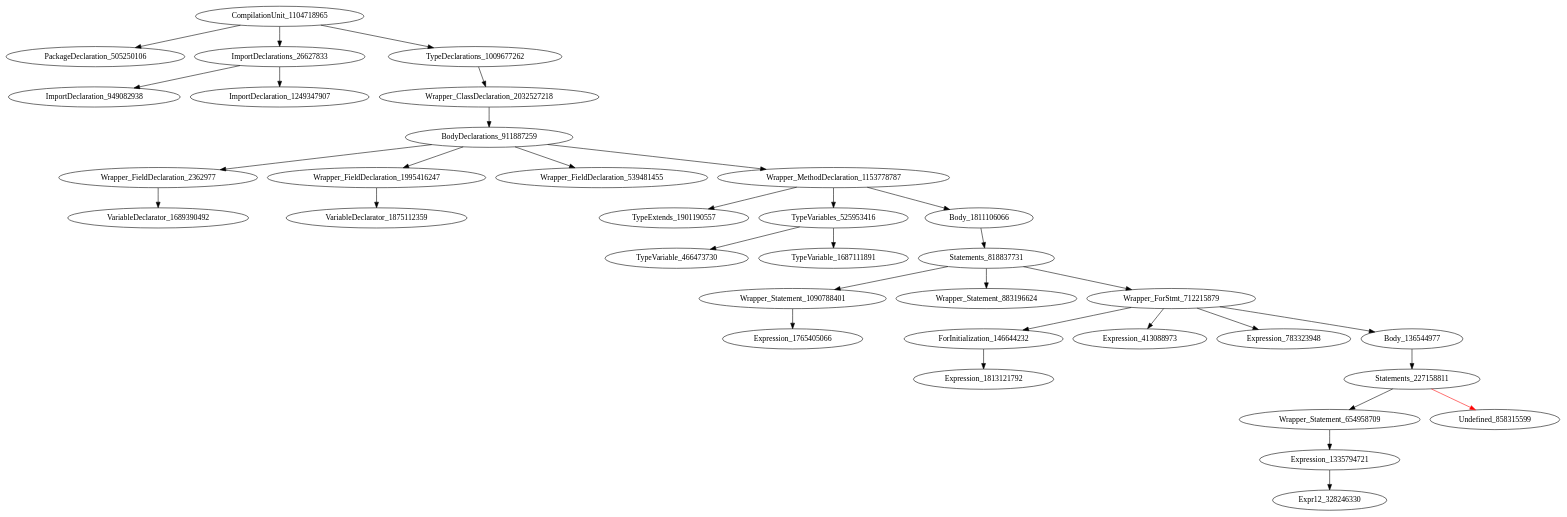
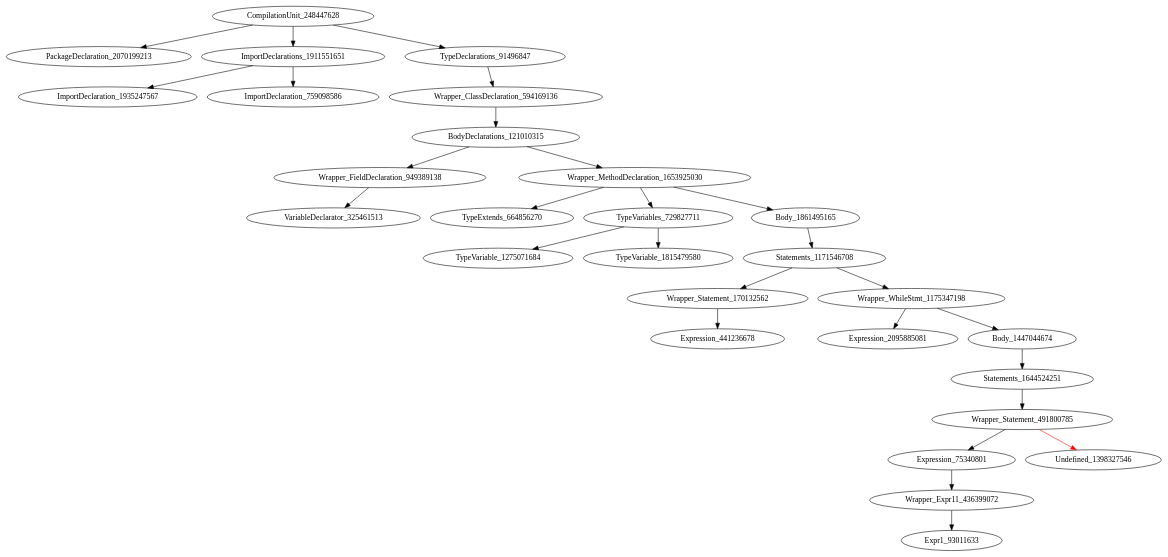
One commit to icse2023material/VoiceJava changed the diagram in holeAST.dot. Above: the diagram before and after it, drawn with Graphviz. The commit also changed 4 other files, not shown here.

```diff
--- a/holeAST.dot
+++ b/holeAST.dot
@@ -1,35 +1,29 @@
 digraph {
-CompilationUnit_1104718965 -> PackageDeclaration_505250106
-CompilationUnit_1104718965 -> ImportDeclarations_26627833
-CompilationUnit_1104718965 -> TypeDeclarations_1009677262
-ImportDeclarations_26627833 -> ImportDeclaration_949082938
-ImportDeclarations_26627833 -> ImportDeclaration_1249347907
-TypeDeclarations_1009677262 -> Wrapper_ClassDeclaration_2032527218
-Wrapper_ClassDeclaration_2032527218 -> BodyDeclarations_911887259
-BodyDeclarations_911887259 -> Wrapper_FieldDeclaration_2362977
-BodyDeclarations_911887259 -> Wrapper_FieldDeclaration_1995416247
-BodyDeclarations_911887259 -> Wrapper_FieldDeclaration_539481455
-BodyDeclarations_911887259 -> Wrapper_MethodDeclaration_1153778787
-Wrapper_FieldDeclaration_2362977 -> VariableDeclarator_1689390492
-Wrapper_FieldDeclaration_1995416247 -> VariableDeclarator_1875112359
-Wrapper_MethodDeclaration_1153778787 -> TypeExtends_1901190557
-Wrapper_MethodDeclaration_1153778787 -> TypeVariables_525953416
-Wrapper_MethodDeclaration_1153778787 -> Body_1811106066
-TypeVariables_525953416 -> TypeVariable_466473730
-TypeVariables_525953416 -> TypeVariable_1687111891
-Body_1811106066 -> Statements_818837731
-Statements_818837731 -> Wrapper_Statement_1090788401
-Statements_818837731 -> Wrapper_Statement_883196624
-Statements_818837731 -> Wrapper_ForStmt_712215879
-Wrapper_Statement_1090788401 -> Expression_1765405066
-Wrapper_ForStmt_712215879 -> ForInitialization_146644232
-Wrapper_ForStmt_712215879 -> Expression_413088973
-Wrapper_ForStmt_712215879 -> Expression_783323948
-Wrapper_ForStmt_712215879 -> Body_136544977
-ForInitialization_146644232 -> Expression_1813121792
-Body_136544977 -> Statements_227158811
-Statements_227158811 -> Wrapper_Statement_654958709
-Statements_227158811 -> Undefined_858315599 [color = red] 
-Wrapper_Statement_654958709 -> Expression_1335794721
-Expression_1335794721 -> Expr12_328246330
+CompilationUnit_248447628 -> PackageDeclaration_2070199213
+CompilationUnit_248447628 -> ImportDeclarations_1911551651
+CompilationUnit_248447628 -> TypeDeclarations_91496847
+ImportDeclarations_1911551651 -> ImportDeclaration_1935247567
+ImportDeclarations_1911551651 -> ImportDeclaration_759098586
+TypeDeclarations_91496847 -> Wrapper_ClassDeclaration_594169136
+Wrapper_ClassDeclaration_594169136 -> BodyDeclarations_121010315
+BodyDeclarations_121010315 -> Wrapper_FieldDeclaration_949389138
+BodyDeclarations_121010315 -> Wrapper_MethodDeclaration_1653925030
+Wrapper_FieldDeclaration_949389138 -> VariableDeclarator_325461513
+Wrapper_MethodDeclaration_1653925030 -> TypeExtends_664856270
+Wrapper_MethodDeclaration_1653925030 -> TypeVariables_729827711
+Wrapper_MethodDeclaration_1653925030 -> Body_1861495165
+TypeVariables_729827711 -> TypeVariable_1275071684
+TypeVariables_729827711 -> TypeVariable_1815479580
+Body_1861495165 -> Statements_1171546708
+Statements_1171546708 -> Wrapper_Statement_170132562
+Statements_1171546708 -> Wrapper_WhileStmt_1175347198
+Wrapper_Statement_170132562 -> Expression_441236678
+Wrapper_WhileStmt_1175347198 -> Expression_2095885081
+Wrapper_WhileStmt_1175347198 -> Body_1447044674
+Body_1447044674 -> Statements_1644524251
+Statements_1644524251 -> Wrapper_Statement_491800785
+Wrapper_Statement_491800785 -> Expression_75340801
+Wrapper_Statement_491800785 -> Undefined_1398327546 [color = red] 
+Expression_75340801 -> Wrapper_Expr11_436399072
+Wrapper_Expr11_436399072 -> Expr1_93011633
 }
```
